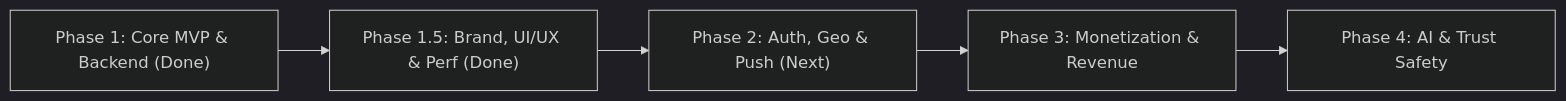
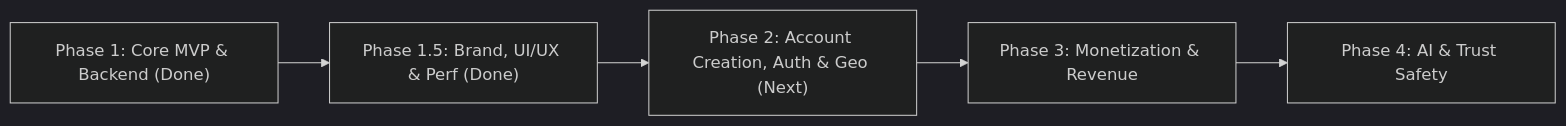
One commit to venky24K/crush changed the diagram in ROADMAP.md. Above: the diagram before and after it, drawn with Mermaid (dark theme). The commit also changed other lines of this file, not shown here.

Commit message:
docs: add comprehensive account creation & guided onboarding funnel to roadmap

````diff
--- a/ROADMAP.md
+++ b/ROADMAP.md
@@ -9,7 +9,7 @@
 ```mermaid
 flowchart LR
     A["Phase 1: Core MVP & Backend (Done)"] --> B["Phase 1.5: Brand, UI/UX & Perf (Done)"]
-    B --> C["Phase 2: Auth, Geo & Push (Next)"]
+    B --> C["Phase 2: Account Creation, Auth & Geo (Next)"]
     C --> D["Phase 3: Monetization & Revenue"]
     D --> E["Phase 4: AI & Trust Safety"]
 ```
````
